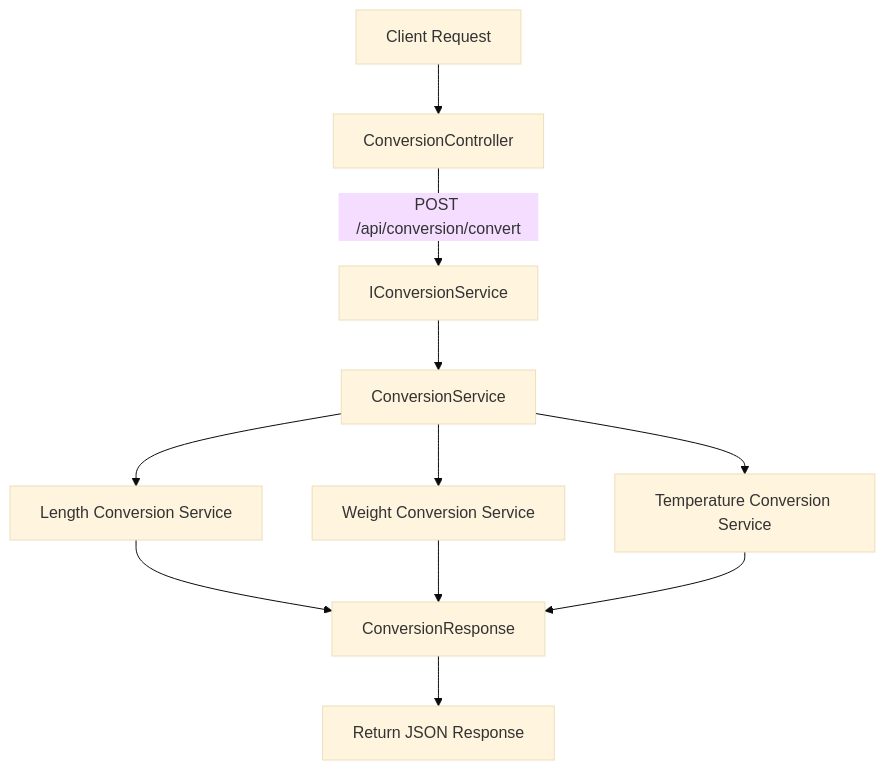
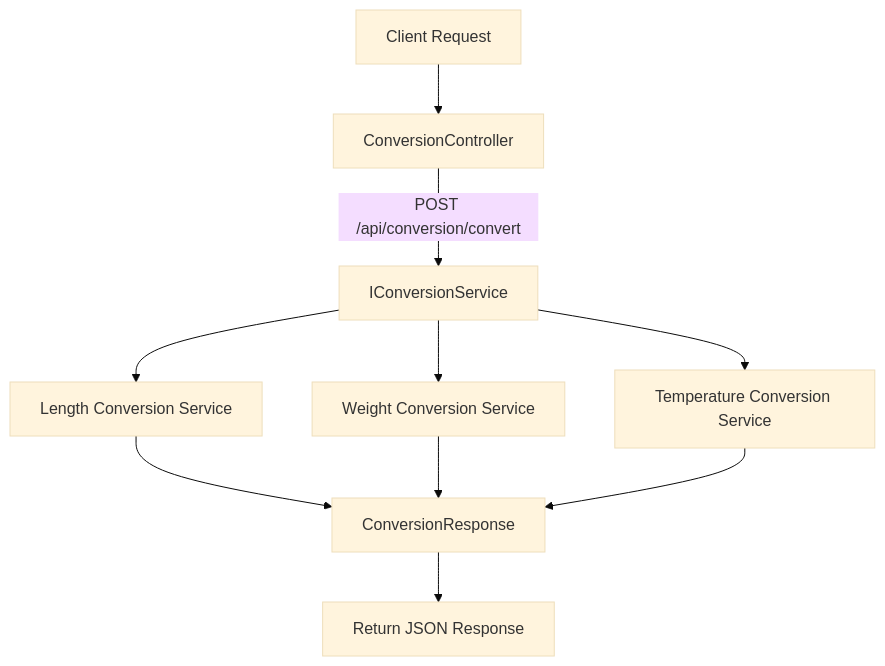
The diagram in ReadMe.md (nareshce25/MUnitsConverter), drawn with Mermaid (base theme) before and after one commit. The commit also changed other lines of this file, not shown here.

````diff
--- a/ReadMe.md
+++ b/ReadMe.md
@@ -10,16 +10,15 @@
 ```mermaid
 flowchart TD
     A[Client Request] --> B[ConversionController]
     B -->|POST /api/conversion/convert| C[IConversionService]
-    C --> D[ConversionService]
 
-    D --> E[Length Conversion Service]
-    D --> F[Weight Conversion Service]
-    D --> G[Temperature Conversion Service]
+    C --> E[Length Conversion Service]
+    C --> F[Weight Conversion Service]
+    C --> G[Temperature Conversion Service]
 
     E --> H[ConversionResponse]
     F --> H[ConversionResponse]
     G --> H[ConversionResponse]
 
     H --> I[Return JSON Response]
 ```
````
